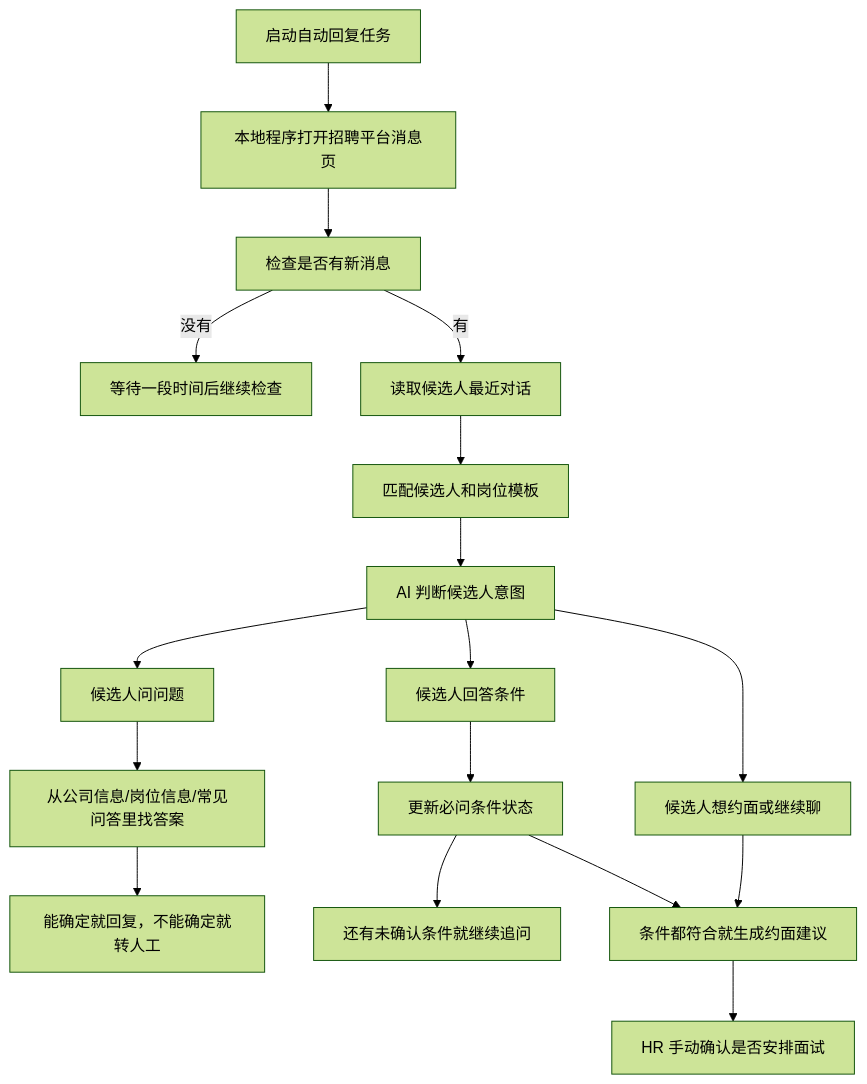
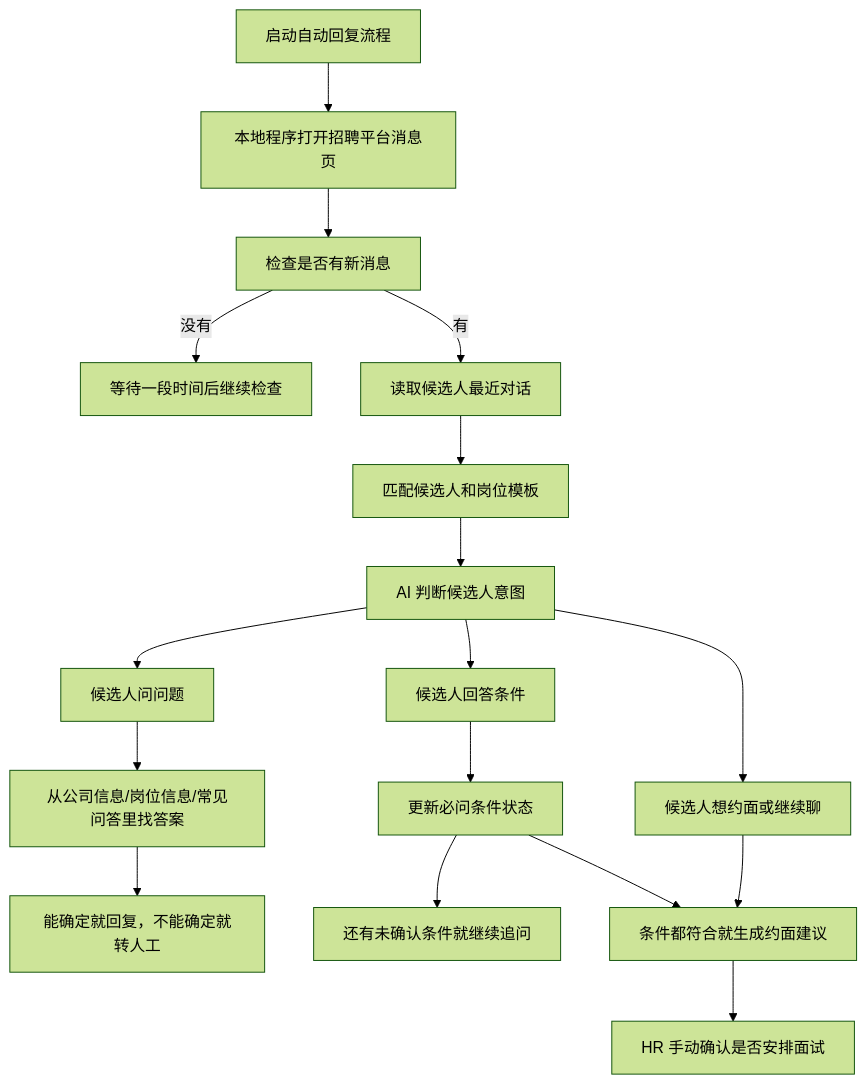
One commit to hhh0078/goodhr changed the diagram in goodhr5/docs/auto-reply-workflow-plan.md. Above: the diagram before and after it, drawn with Mermaid (forest theme). The commit also changed other lines of this file and 156 other files, not shown here.

````diff
--- a/goodhr5/docs/auto-reply-workflow-plan.md
+++ b/goodhr5/docs/auto-reply-workflow-plan.md
@@ -108,19 +108,19 @@
 ```mermaid
 flowchart TD
-  A["启动自动回复任务"] --> B["本地程序打开招聘平台消息页"]
+  A["启动自动回复流程"] --> B["本地程序打开招聘平台消息页"]
   B --> C["检查是否有新消息"]
   C -->|没有| D["等待一段时间后继续检查"]
   C -->|有| E["读取候选人最近对话"]
   E --> F["匹配候选人和岗位模板"]
   F --> G["AI 判断候选人意图"]
   G --> H["候选人问问题"]
   G --> I["候选人回答条件"]
   G --> J["候选人想约面或继续聊"]
   H --> K["从公司信息/岗位信息/常见问答里找答案"]
   K --> L["能确定就回复，不能确定就转人工"]
   I --> M["更新必问条件状态"]
   M --> N["还有未确认条件就继续追问"]
   M --> O["条件都符合就生成约面建议"]
   J --> O
   O --> P["HR 手动确认是否安排面试"]
 ```
````
